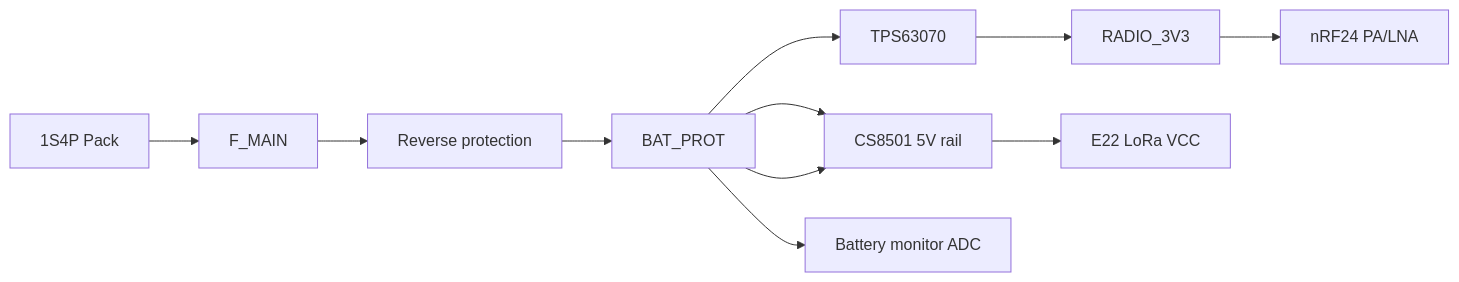
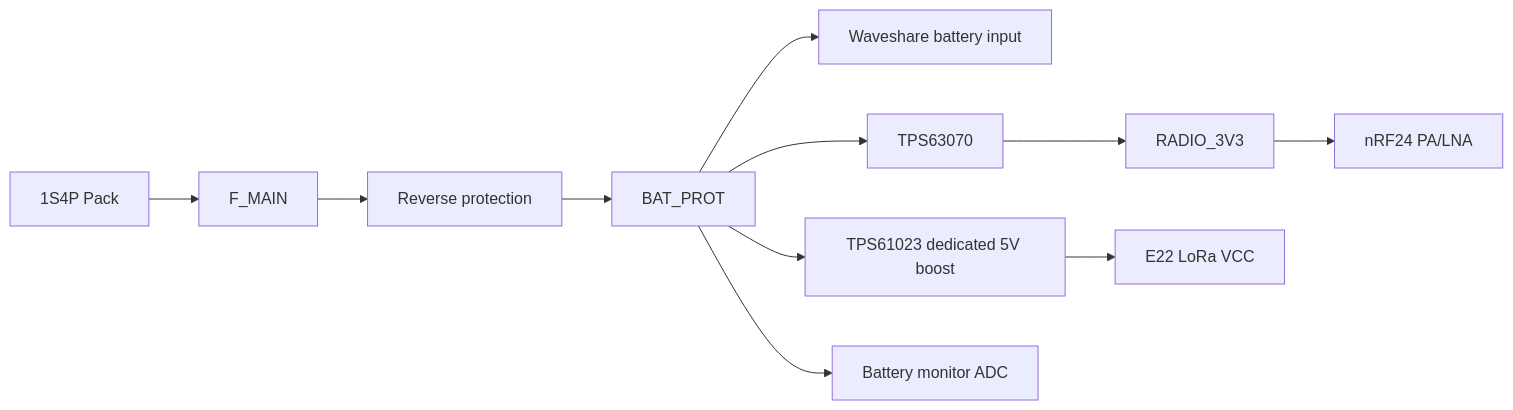
One commit to vankatad4-hue/BaitBoat-Update changed the first of 2 diagrams in Remote/New_Handheld_Remote/PCB/REMOTE_BLOCK_AND_POWER_SCHEMATICS_R1.md. Above: the diagram before and after it, drawn with Mermaid. The commit also changed other lines of this file, not shown here.

Commit message:
Update remote power block diagram for dedicated E22 converter

````diff
--- a/Remote/New_Handheld_Remote/PCB/REMOTE_BLOCK_AND_POWER_SCHEMATICS_R1.md
+++ b/Remote/New_Handheld_Remote/PCB/REMOTE_BLOCK_AND_POWER_SCHEMATICS_R1.md
@@ -4,13 +4,13 @@
 ```mermaid
 flowchart LR
  PACK[1S4P Pack] --> F[F_MAIN]
  F --> Q[Reverse protection]
  Q --> BAT[BAT_PROT]
  BAT --> W[Waveshare battery input]
  BAT --> TPS[TPS63070]
  TPS --> R3[RADIO_3V3]
  R3 --> NRF[nRF24 PA/LNA]
- BAT --> W[CS8501 5V rail]
- W --> LORA[E22 LoRa VCC]
+ BAT --> LBOOST[TPS61023 dedicated 5V boost]
+ LBOOST --> LORA[E22 LoRa VCC]
  BAT --> MON[Battery monitor ADC]
 ```
````
